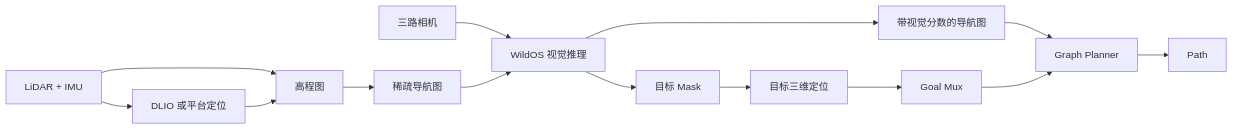
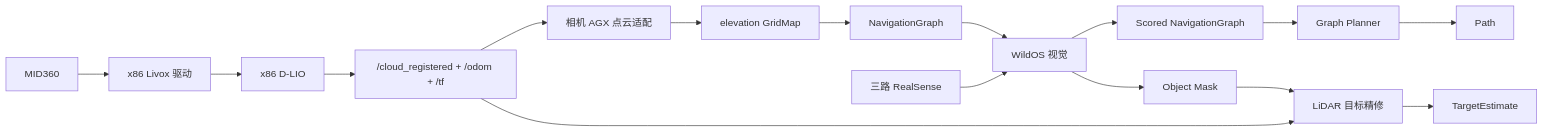
Before and after one commit to wycaca/wildos: the diagram in graph_construction/docs/details/overview.md, drawn with Mermaid. The commit also changed other lines of this file and 10 other files, not shown here.

````diff
--- a/graph_construction/docs/details/overview.md
+++ b/graph_construction/docs/details/overview.md
@@ -18,16 +20,18 @@
 ```mermaid
 flowchart LR
-    A["LiDAR + IMU"] --> B["DLIO 或平台定位"]
-    A --> C["高程图"]
-    B --> C
-    C --> D["稀疏导航图"]
-    E["三路相机"] --> F["WildOS 视觉推理"]
-    D --> F
-    F --> G["带视觉分数的导航图"]
-    G --> H["Graph Planner"]
-    F --> I["目标 Mask"]
-    I --> J["目标三维定位"]
-    J --> K["Goal Mux"]
-    K --> H
-    H --> L["Path"]
+    A["MID360"] --> B["x86 Livox 驱动"]
+    B --> C["x86 D-LIO"]
+    C --> D["/cloud_registered + /odom + /tf"]
+    D --> E["相机 AGX 点云适配"]
+    E --> F["elevation GridMap"]
+    F --> G["NavigationGraph"]
+    H["三路 RealSense"] --> I["WildOS 视觉"]
+    G --> I
+    I --> J["Scored NavigationGraph"]
+    J --> K["Graph Planner"]
+    K --> L["Path"]
+    I --> M["Object Mask"]
+    D --> N["LiDAR 目标精修"]
+    M --> N
+    N --> O["TargetEstimate"]
 ```
````
